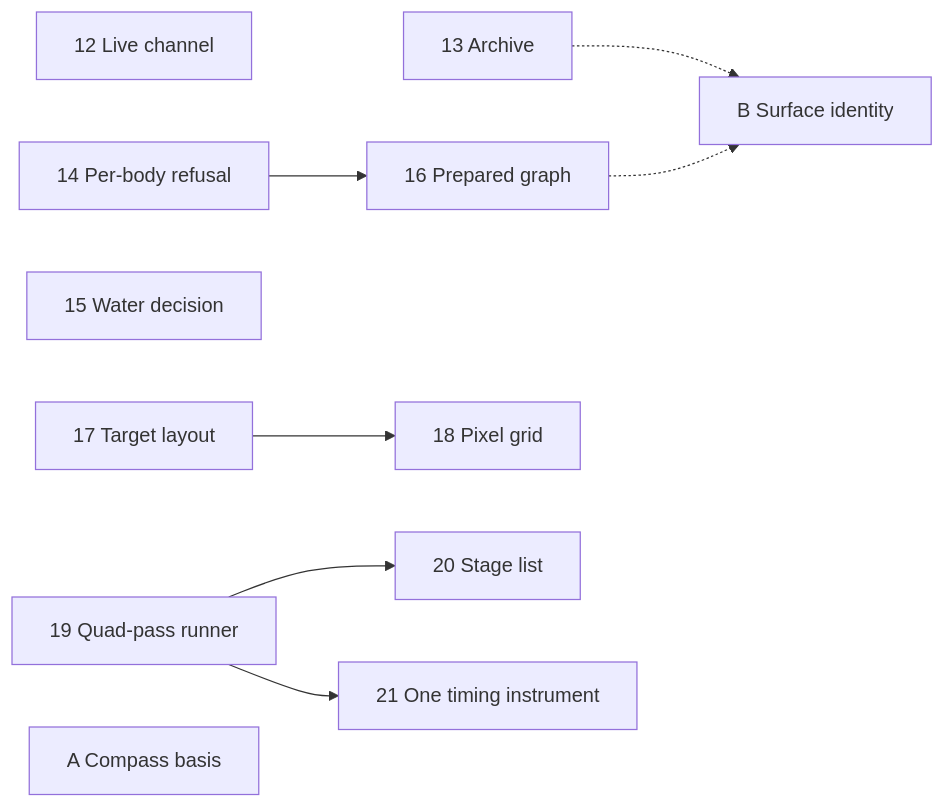
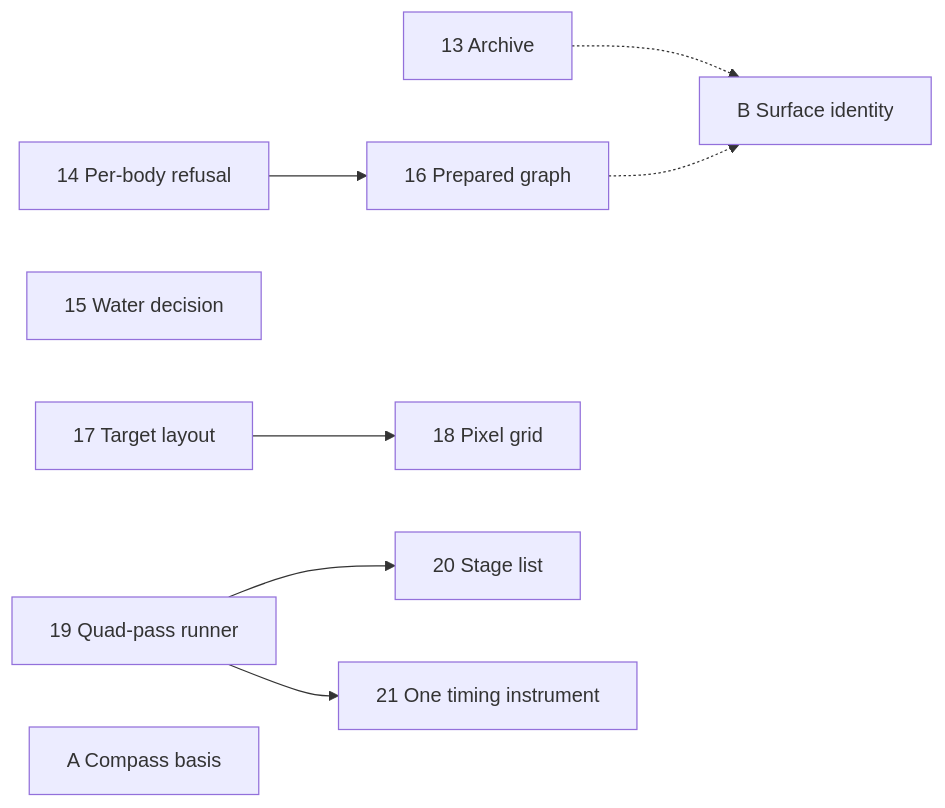
One commit to jonjaques/inertialref changed the diagram in design/plans/arch-review.md. Above: the diagram before and after it, drawn with Mermaid. The commit also changed other lines of this file and 20 other files, not shown here.

First line of the commit message:
refactor: the Live channel speaks in verbs (#121)

````diff
--- a/design/plans/arch-review.md
+++ b/design/plans/arch-review.md
@@ -72,13 +72,12 @@
 ```mermaid
 flowchart LR
-  P12[12 Live channel]
   P13[13 Archive]
   P14[14 Per-body refusal] --> P16[16 Prepared graph]
   P15[15 Water decision]
   P17[17 Target layout] --> P18[18 Pixel grid]
   P19[19 Quad-pass runner] --> P20[20 Stage list]
   P19 --> P21[21 One timing instrument]
   A[A Compass basis]
   P13 -.-> B[B Surface identity]
   P16 -.-> B
 ```
````
